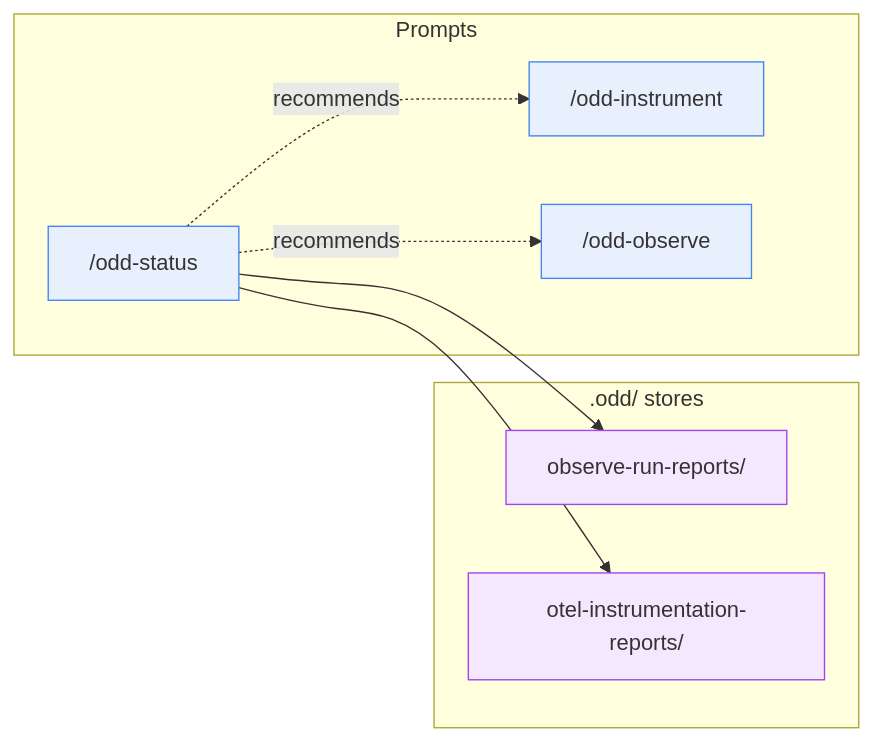
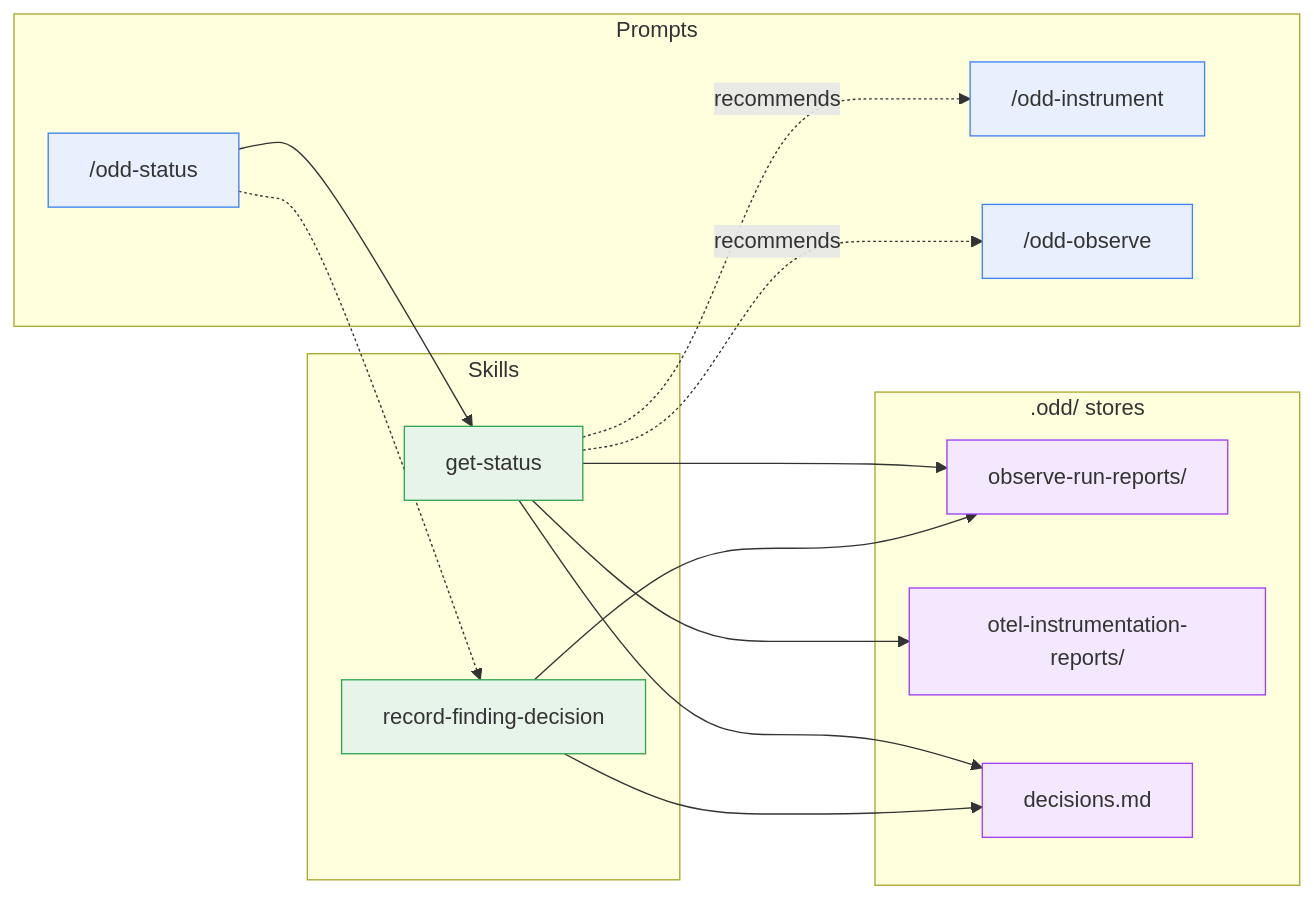
One commit to using-system/oddyssey changed the fourth of 6 diagrams in docs/guide/dependencies.md. Above: the diagram before and after it, drawn with Mermaid. The commit also changed other lines of this file and 7 other files, not shown here.

Commit message:
feat(prompts): /odd-status wontfix ledger - record finding decisions via skills, stop showing declined findings as open (#141)

````diff
--- a/docs/guide/dependencies.md
+++ b/docs/guide/dependencies.md
@@ -241,23 +250,38 @@
 ```mermaid
 flowchart LR
   subgraph Prompts
     status["/odd-status"]
     instrument["/odd-instrument"]
     observe["/odd-observe"]
   end
 
+  subgraph Skills
+    gs[get-status]
+    rfd[record-finding-decision]
+  end
+
   subgraph Stores[".odd/ stores"]
     obsdir[observe-run-reports/]
     insdir[otel-instrumentation-reports/]
+    dec[decisions.md]
   end
 
-  status --> obsdir
-  status --> insdir
-  status -. recommends .-> instrument
-  status -. recommends .-> observe
+  status --> gs
+  status -.-> rfd
+
+  gs --> obsdir
+  gs --> insdir
+  gs --> dec
+  gs -. recommends .-> instrument
+  gs -. recommends .-> observe
+
+  rfd --> obsdir
+  rfd --> dec
 
   classDef prompt fill:#e8f0fe,stroke:#4285f4
+  classDef skill fill:#e6f4ea,stroke:#34a853
   classDef store fill:#f3e8fd,stroke:#a142f4
   class status,instrument,observe prompt
-  class obsdir,insdir store
+  class gs,rfd skill
+  class obsdir,insdir,dec store
 ```
````
